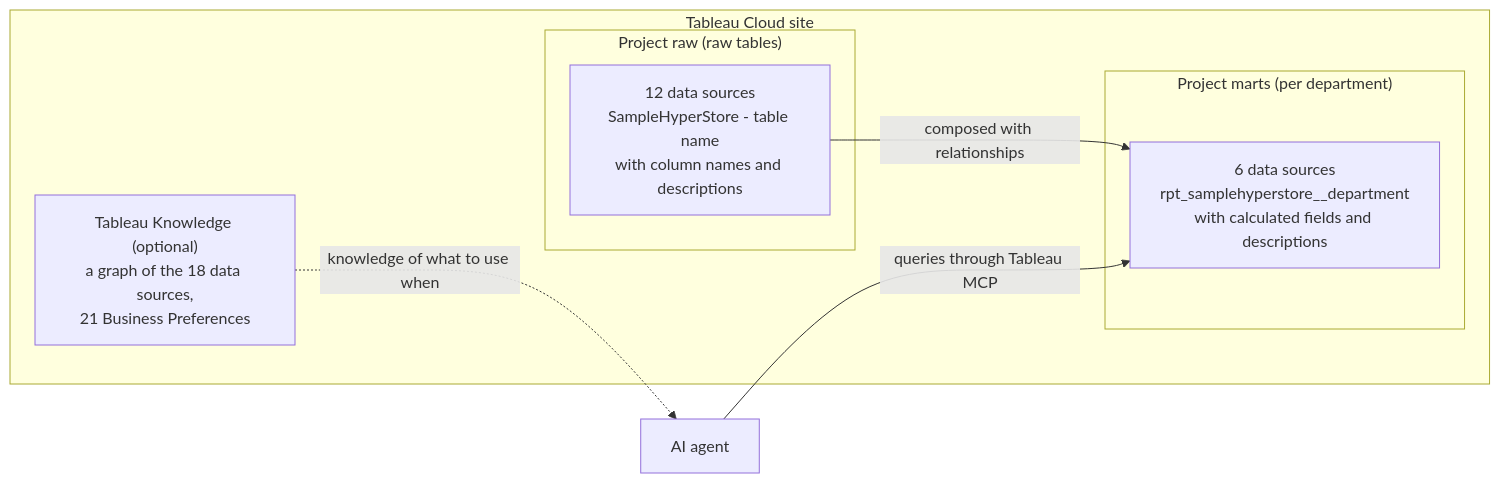
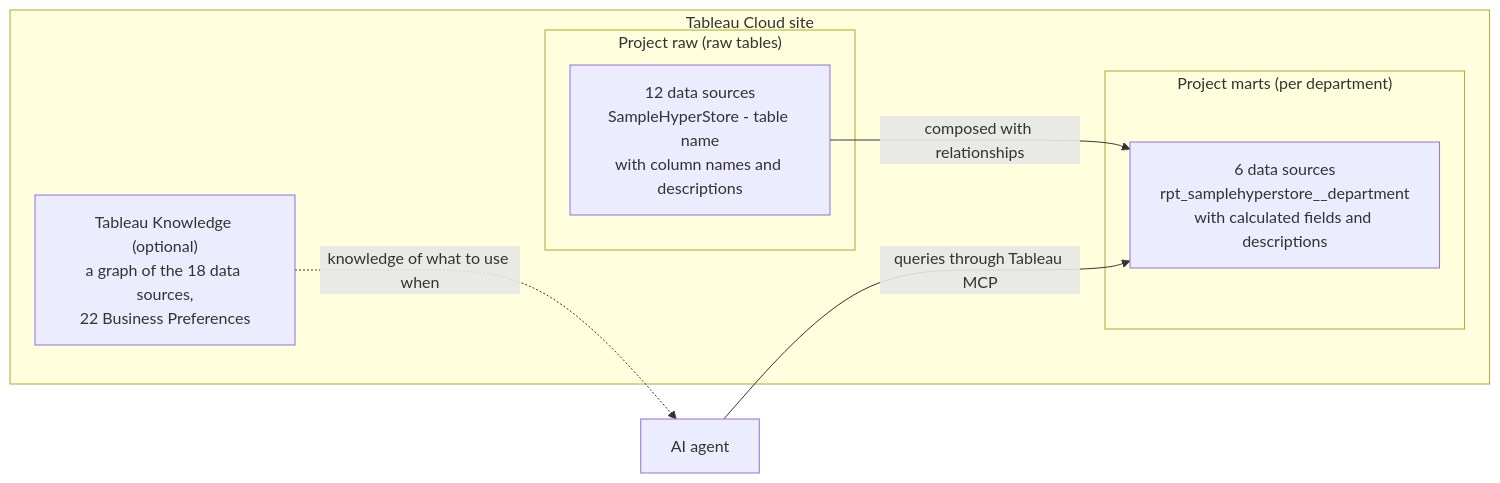
Before and after one commit to YoshitakaArakawa/SampleHyperStore: the fourth of 4 diagrams in en/README.md, drawn with Mermaid. The commit also changed 14 other files, not shown here.

````diff
--- a/en/README.md
+++ b/en/README.md
@@ -91,15 +91,15 @@
 ```mermaid
 flowchart LR
     subgraph site["Tableau Cloud site"]
         subgraph raw["Project raw (raw tables)"]
             R["12 data sources<br/>SampleHyperStore - table name<br/>with column names and descriptions"]
         end
         subgraph marts["Project marts (per department)"]
             M["6 data sources<br/>rpt_samplehyperstore__department<br/>with calculated fields and descriptions"]
         end
-        K["Tableau Knowledge (optional)<br/>a graph of the 18 data sources,<br/>21 Business Preferences"]
+        K["Tableau Knowledge (optional)<br/>a graph of the 18 data sources,<br/>22 Business Preferences"]
     end
     R -- "composed with relationships" --> M
     AI["AI agent"] -- "queries through Tableau MCP" --> M
     K -. "knowledge of what to use when" .-> AI
 ```
````
